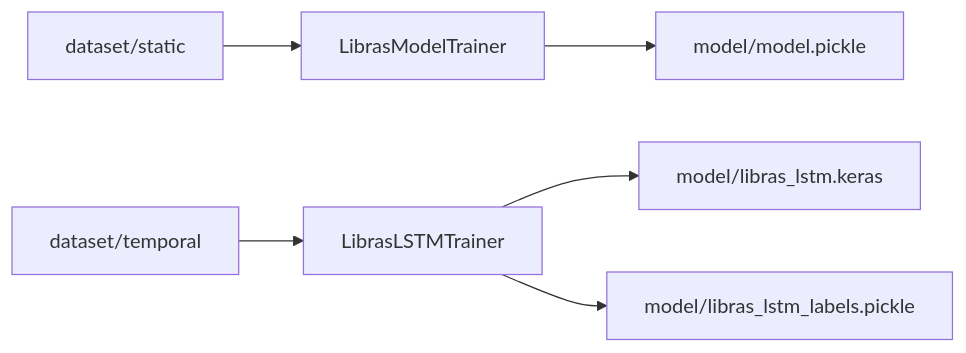
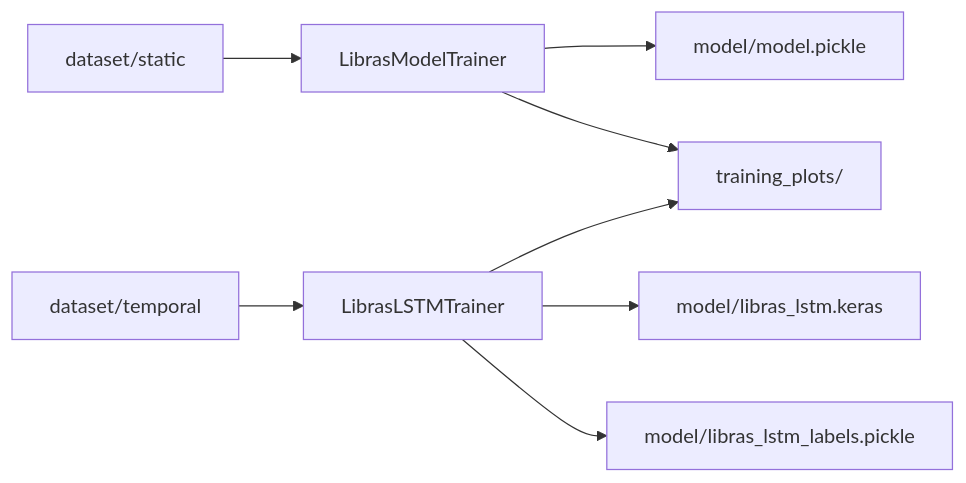
One commit to Gabryel-lima/LibrIA changed the fourth of 8 diagrams in docs/ARCHITECTURE.md. Above: the diagram before and after it, drawn with Mermaid. The commit also changed other lines of this file and 36 other files, not shown here.

````diff
--- a/docs/ARCHITECTURE.md
+++ b/docs/ARCHITECTURE.md
@@ -88,8 +94,10 @@
 ```mermaid
 flowchart LR
     A[dataset/static] --> B[LibrasModelTrainer]
     B --> C[model/model.pickle]
     D[dataset/temporal] --> E[LibrasLSTMTrainer]
     E --> F[model/libras_lstm.keras]
     E --> G[model/libras_lstm_labels.pickle]
+    B --> H[training_plots/]
+    E --> H
 ```
````
